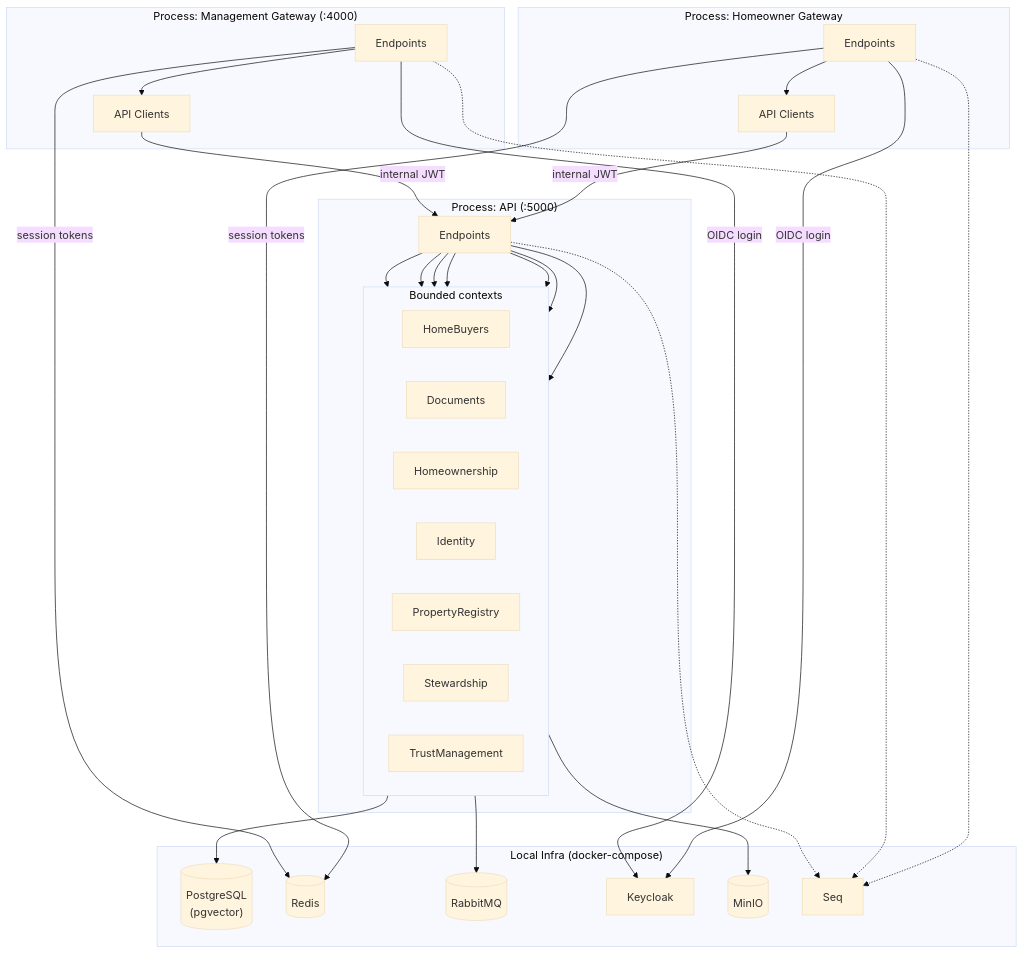
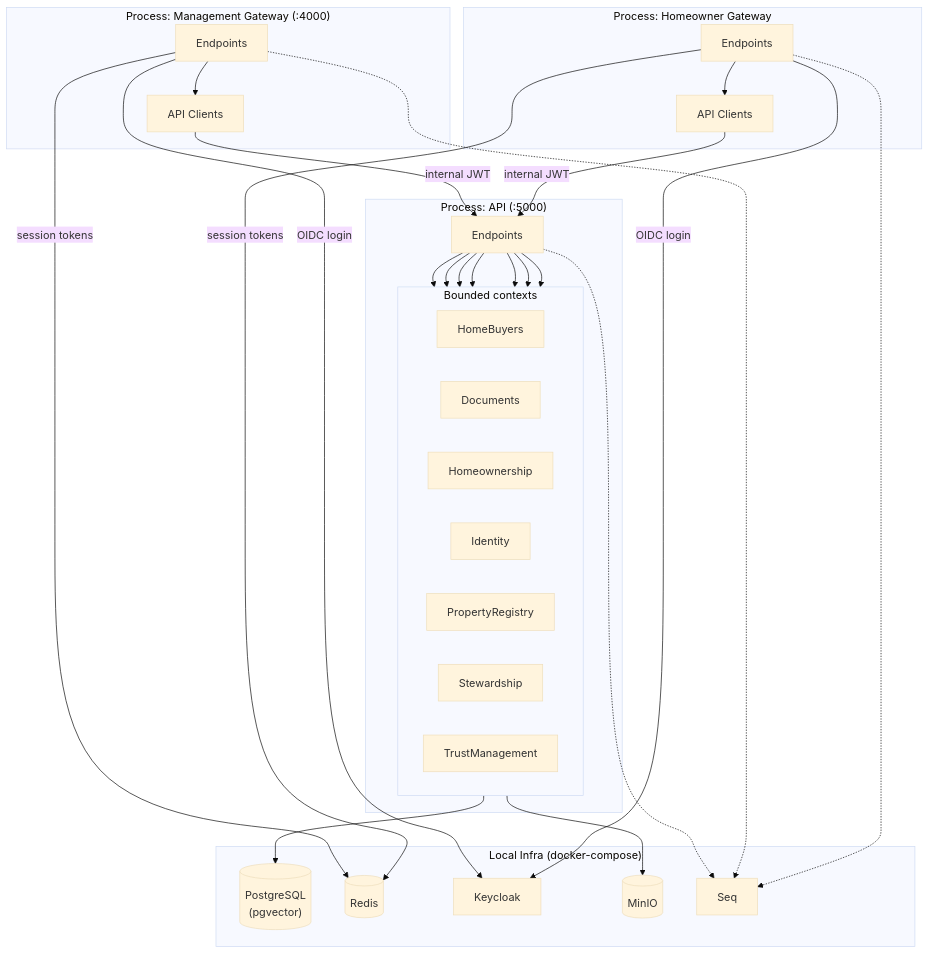
One commit to pkarlsson-codes/common-ground changed the diagram in docs/architecture.md. Above: the diagram before and after it, drawn with Mermaid (base theme). The commit also changed other lines of this file and 9 other files, not shown here.

````diff
--- a/docs/architecture.md
+++ b/docs/architecture.md
@@ -5,58 +5,56 @@
 ```mermaid
 flowchart TB
     subgraph GatewayMgmt["Process: Management Gateway (:4000)"]
         MgmtEndpoints["Endpoints"]
         MgmtClients["API Clients"]
         MgmtEndpoints --> MgmtClients
     end
 
     subgraph GatewayHome["Process: Homeowner Gateway"]
         HomeEndpoints["Endpoints"]
         HomeClients["API Clients"]
         HomeEndpoints --> HomeClients
     end
 
     subgraph API["Process: API (:5000)"]
         ApiEndpoints["Endpoints"]
         subgraph Contexts["Bounded contexts"]
             direction LR
             HomeBuyers["HomeBuyers"]
             Documents["Documents"]
             Homeownership["Homeownership"]
             Identity["Identity"]
             PropertyRegistry["PropertyRegistry"]
             Stewardship["Stewardship"]
             TrustManagement["TrustManagement"]
         end
         ApiEndpoints --> HomeBuyers
         ApiEndpoints --> Documents
         ApiEndpoints --> Homeownership
         ApiEndpoints --> Identity
         ApiEndpoints --> PropertyRegistry
         ApiEndpoints --> Stewardship
         ApiEndpoints --> TrustManagement
     end
 
     subgraph Infra["Local Infra (docker-compose)"]
         Postgres[("PostgreSQL<br/>(pgvector)")]
         Redis[("Redis")]
-        RabbitMQ[("RabbitMQ")]
         Keycloak["Keycloak"]
         MinIO[("MinIO")]
         Seq["Seq"]
     end
 
     MgmtClients -- "internal JWT" --> ApiEndpoints
     HomeClients -- "internal JWT" --> ApiEndpoints
     MgmtEndpoints -- "OIDC login" --> Keycloak
     MgmtEndpoints -- "session tokens" --> Redis
     HomeEndpoints -- "OIDC login" --> Keycloak
     HomeEndpoints -- "session tokens" --> Redis
 
     Contexts --> Postgres
-    Contexts --> RabbitMQ
     Documents --> MinIO
     ApiEndpoints -.-> Seq
     MgmtEndpoints -.-> Seq
     HomeEndpoints -.-> Seq
 ```
````
